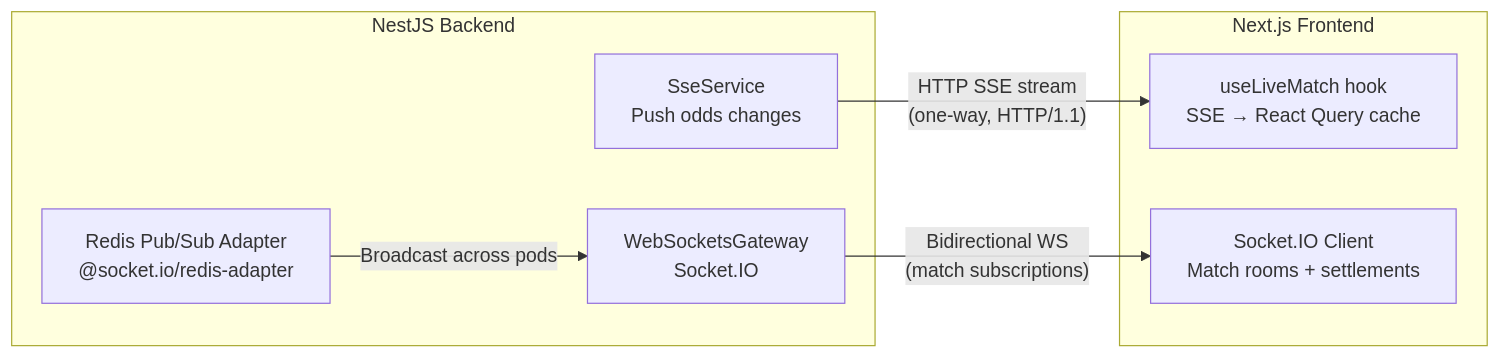
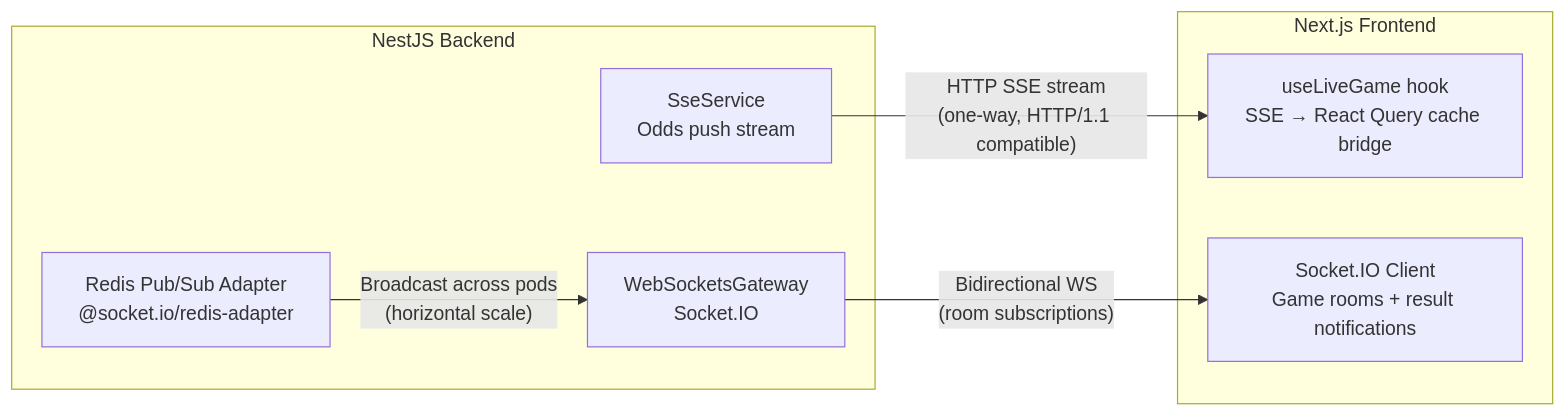
Before and after one commit to Yash-Jangid/GameX: the tenth of 13 diagrams in README.md, drawn with Mermaid. The commit also changed other lines of this file, not shown here.

````diff
--- a/README.md
+++ b/README.md
@@ -528,17 +569,17 @@
 ```mermaid
 graph LR
     subgraph SERVER["NestJS Backend"]
-        SSE["SseService\nPush odds changes"]
+        SSE["SseService\nOdds push stream"]
         WS["WebSocketsGateway\nSocket.IO"]
         REDIS_ADAPTER["Redis Pub/Sub Adapter\n@socket.io/redis-adapter"]
     end
 
     subgraph CLIENT["Next.js Frontend"]
-        SSE_CLIENT["useLiveMatch hook\nSSE → React Query cache"]
-        WS_CLIENT["Socket.IO Client\nMatch rooms + settlements"]
+        SSE_CLIENT["useLiveGame hook\nSSE → React Query cache bridge"]
+        WS_CLIENT["Socket.IO Client\nGame rooms + result notifications"]
     end
 
-    SSE -->|"HTTP SSE stream\n(one-way, HTTP/1.1)"| SSE_CLIENT
-    WS -->|"Bidirectional WS\n(match subscriptions)"| WS_CLIENT
-    REDIS_ADAPTER -->|"Broadcast across pods"| WS
+    SSE -->|"HTTP SSE stream\n(one-way, HTTP/1.1 compatible)"| SSE_CLIENT
+    WS -->|"Bidirectional WS\n(room subscriptions)"| WS_CLIENT
+    REDIS_ADAPTER -->|"Broadcast across pods\n(horizontal scale)"| WS
 ```
````
